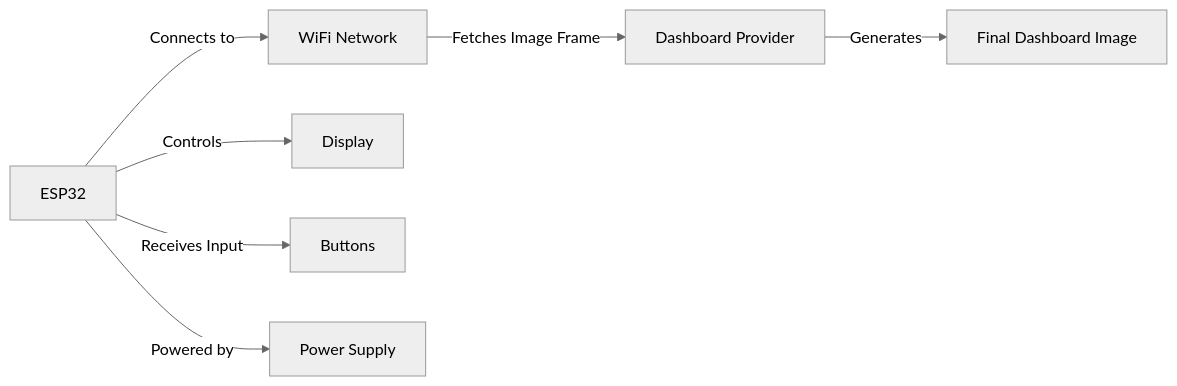
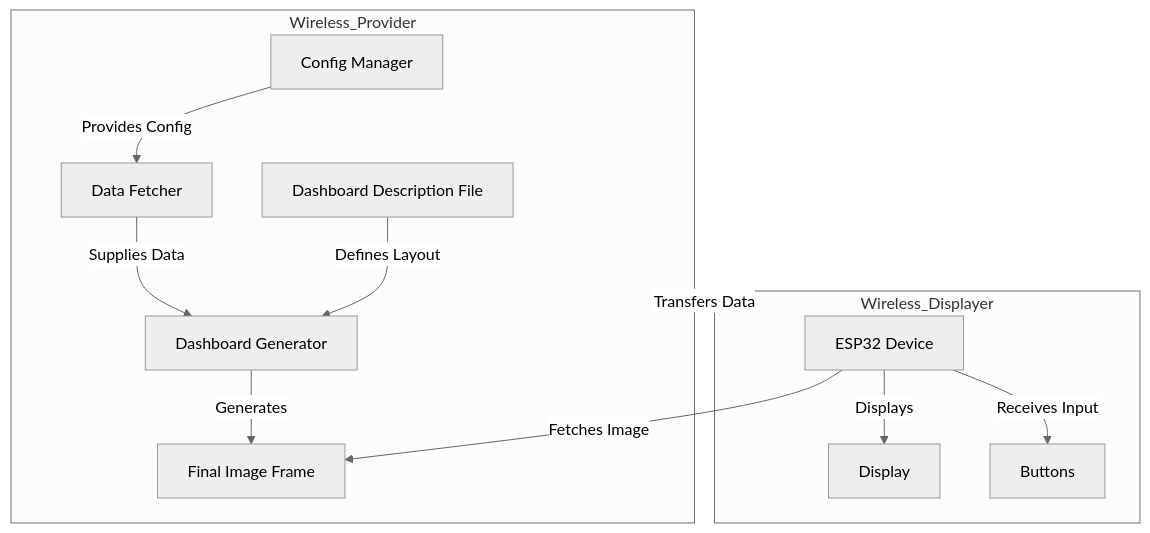
The second of 2 diagrams in docs/System_Components.md (en7angled/CardanoTicker), drawn with Mermaid (neutral theme) before and after one commit. The commit also changed other lines of this file, not shown here.

````diff
--- a/docs/System_Components.md
+++ b/docs/System_Components.md
@@ -47,9 +78,17 @@
 ```mermaid
-graph LR
-    ESP32[ESP32] -->|Connects to| WiFi[WiFi Network]
-    WiFi -->|Fetches Image Frame| DashboardProvider[Dashboard Provider]
-    DashboardProvider -->|Generates| FinalImage[Final Dashboard Image]
-    ESP32 -->|Controls| Display[Display]
-    ESP32 -->|Receives Input| Buttons
-    ESP32 -->|Powered by| Power[Power Supply]
+graph TD
+    subgraph Wireless_Provider
+        ConfigManager[Config Manager] -->|Provides Config| DataFetcher[Data Fetcher]
+        DataFetcher -->|Supplies Data| DashboardGenerator[Dashboard Generator]
+        DashboardDescription[Dashboard Description File] -->|Defines Layout| DashboardGenerator
+        DashboardGenerator -->|Generates| Image[Final Image Frame]
+    end
+
+    subgraph Wireless_Displayer
+        ESP32[ESP32 Device] -->|Fetches Image| Image
+        ESP32 -->|Displays| Display[Display]
+        ESP32 -->|Receives Input| Buttons
+    end
+
+    Wireless_Provider -->|Transfers Data| Wireless_Displayer
 ```
````
